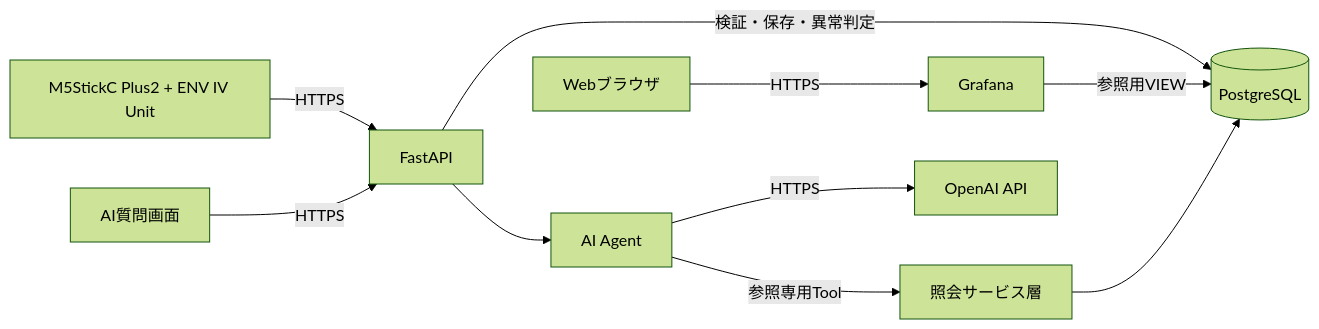
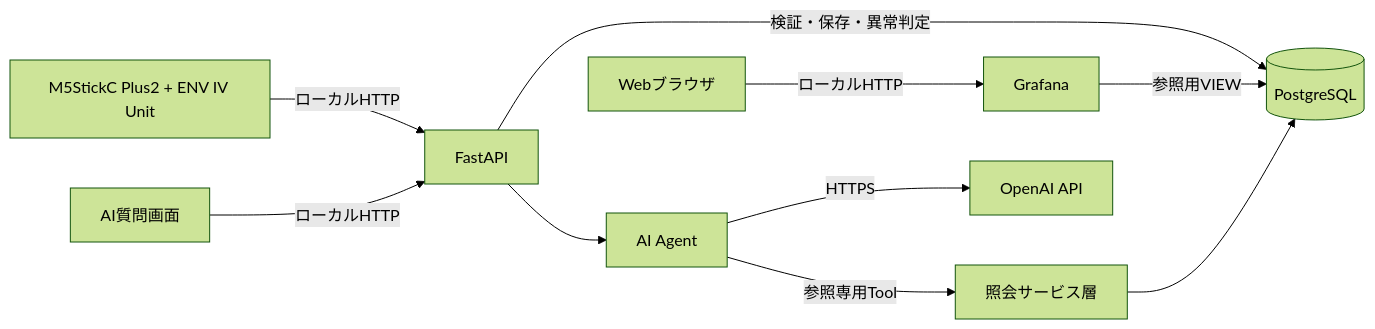
Before and after one commit to nokhysh/SoraSense: the first of 2 diagrams in docs/basic-design.md, drawn with Mermaid (forest theme). The commit also changed other lines of this file and 22 other files, not shown here.

````diff
--- a/docs/basic-design.md
+++ b/docs/basic-design.md
@@ -37,12 +38,12 @@
 ```mermaid
 flowchart LR
-    M5["M5StickC Plus2 + ENV IV Unit"] -->|HTTPS| API["FastAPI"]
+    M5["M5StickC Plus2 + ENV IV Unit"] -->|ローカルHTTP| API["FastAPI"]
     API -->|検証・保存・異常判定| DB[(PostgreSQL)]
-    UI["Webブラウザ"] -->|HTTPS| GF["Grafana"]
+    UI["Webブラウザ"] -->|ローカルHTTP| GF["Grafana"]
     GF -->|参照用VIEW| DB
-    CHAT["AI質問画面"] -->|HTTPS| API
+    CHAT["AI質問画面"] -->|ローカルHTTP| API
     API --> AG["AI Agent"]
     AG -->|参照専用Tool| SV["照会サービス層"]
     SV --> DB
     AG -->|HTTPS| OA["OpenAI API"]
 ```
````
